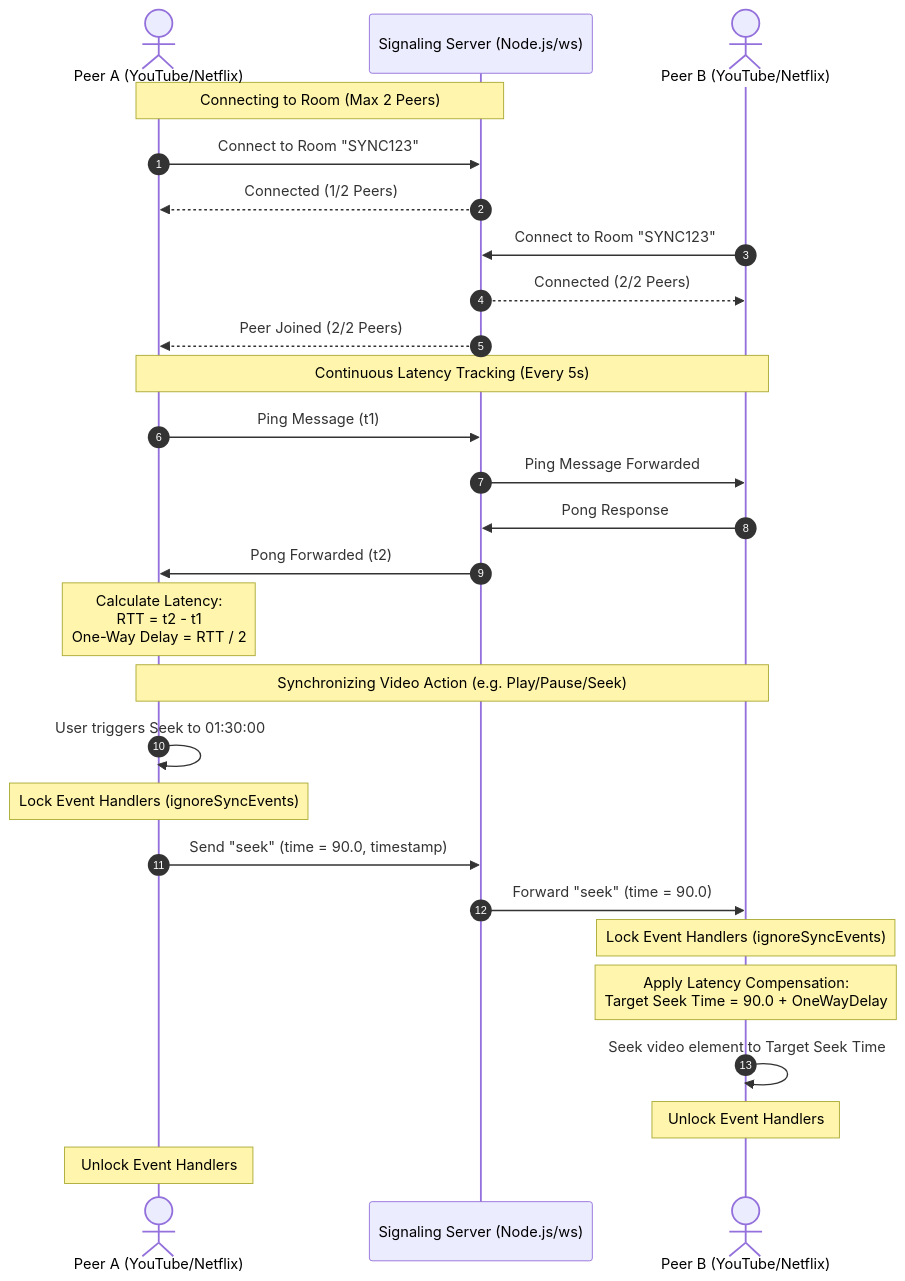
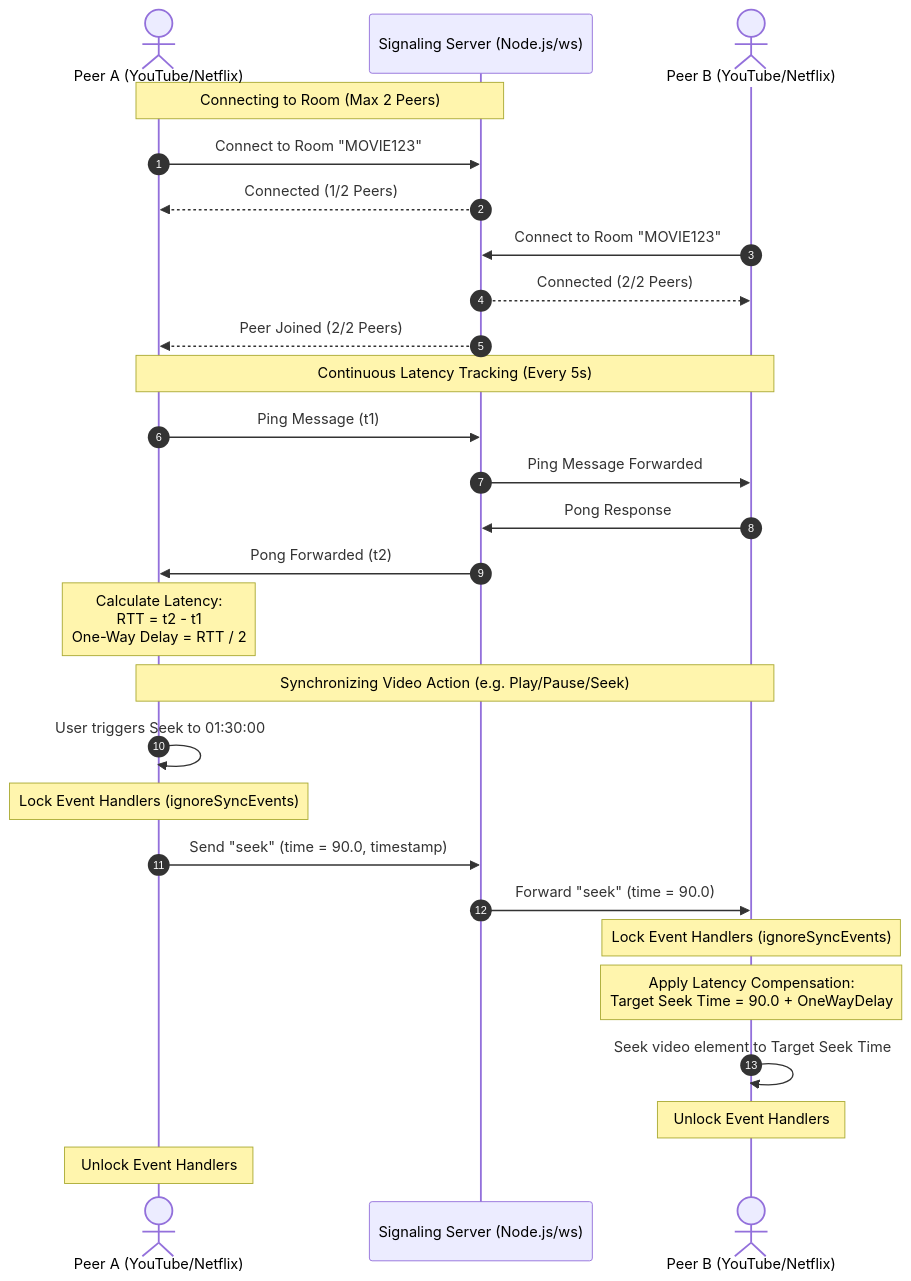
Before and after one commit to leviliangtw/rvs: the diagram in README.md, drawn with Mermaid. The commit also changed other lines of this file and 3 other files, not shown here.

````diff
--- a/README.md
+++ b/README.md
@@ -16,32 +33,32 @@
 ```mermaid
 sequenceDiagram
     autonumber
     actor PeerA as Peer A (YouTube/Netflix)
     participant Server as Signaling Server (Node.js/ws)
     actor PeerB as Peer B (YouTube/Netflix)
 
     Note over PeerA, Server: Connecting to Room (Max 2 Peers)
-    PeerA->>Server: Connect to Room "SYNC123"
+    PeerA->>Server: Connect to Room "MOVIE123"
     Server-->>PeerA: Connected (1/2 Peers)
-    PeerB->>Server: Connect to Room "SYNC123"
+    PeerB->>Server: Connect to Room "MOVIE123"
     Server-->>PeerB: Connected (2/2 Peers)
     Server-->>PeerA: Peer Joined (2/2 Peers)
 
     Note over PeerA, PeerB: Continuous Latency Tracking (Every 5s)
     PeerA->>Server: Ping Message (t1)
     Server->>PeerB: Ping Message Forwarded
     PeerB->>Server: Pong Response
     Server->>PeerA: Pong Forwarded (t2)
     Note over PeerA: Calculate Latency:<br/>RTT = t2 - t1<br/>One-Way Delay = RTT / 2
 
     Note over PeerA, PeerB: Synchronizing Video Action (e.g. Play/Pause/Seek)
     PeerA->>PeerA: User triggers Seek to 01:30:00
     Note over PeerA: Lock Event Handlers (ignoreSyncEvents)
     PeerA->>Server: Send "seek" (time = 90.0, timestamp)
     Server->>PeerB: Forward "seek" (time = 90.0)
     Note over PeerB: Lock Event Handlers (ignoreSyncEvents)
     Note over PeerB: Apply Latency Compensation:<br/>Target Seek Time = 90.0 + OneWayDelay
     PeerB->>PeerB: Seek video element to Target Seek Time
     Note over PeerB: Unlock Event Handlers
     Note over PeerA: Unlock Event Handlers
 ```
````
